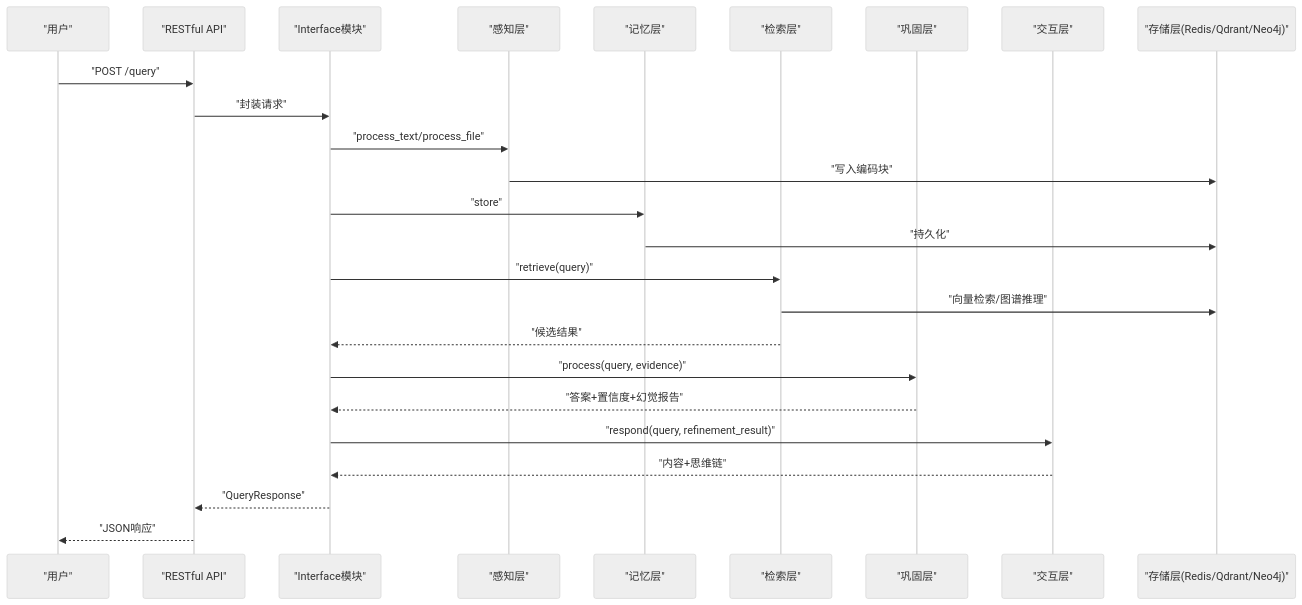
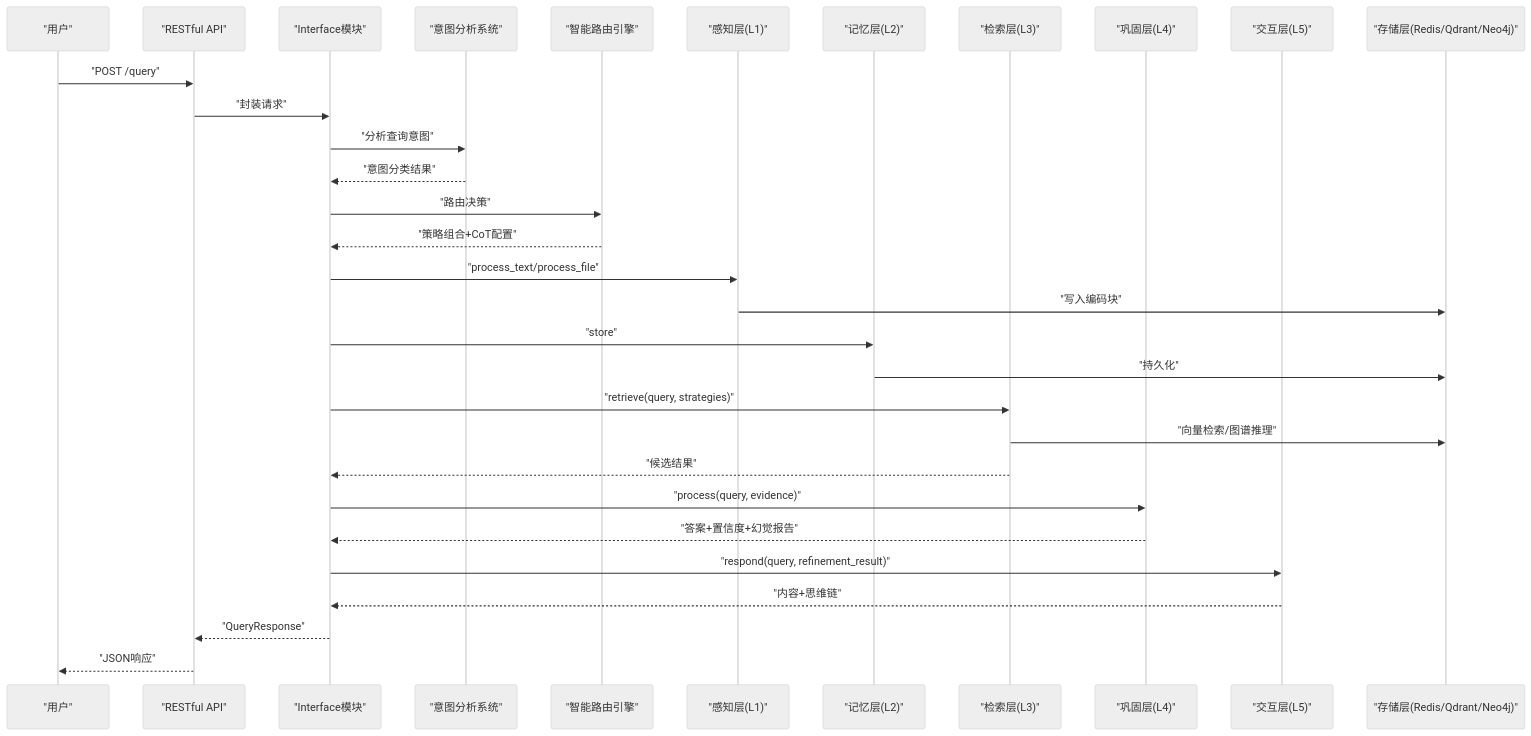
One commit to JieGaoPrinceton/NecoRAG changed the second of 4 diagrams in .qoder/repowiki/zh/content/项目概述/快速开始指南.md. Above: the diagram before and after it, drawn with Mermaid (neutral theme). The commit also changed other lines of this file and 70 other files, not shown here.

````diff
--- a/.qoder/repowiki/zh/content/项目概述/快速开始指南.md
+++ b/.qoder/repowiki/zh/content/项目概述/快速开始指南.md
@@ -111,27 +116,33 @@
 ```mermaid
 sequenceDiagram
 participant User as "用户"
 participant API as "RESTful API"
 participant IF as "Interface模块"
-participant L1 as "感知层"
-participant L2 as "记忆层"
-participant L3 as "检索层"
-participant L4 as "巩固层"
-participant L5 as "交互层"
+participant INTENT as "意图分析系统"
+participant ROUTER as "智能路由引擎"
+participant L1 as "感知层(L1)"
+participant L2 as "记忆层(L2)"
+participant L3 as "检索层(L3)"
+participant L4 as "巩固层(L4)"
+participant L5 as "交互层(L5)"
 participant DB as "存储层(Redis/Qdrant/Neo4j)"
 User->>API : "POST /query"
 API->>IF : "封装请求"
+IF->>INTENT : "分析查询意图"
+INTENT-->>IF : "意图分类结果"
+IF->>ROUTER : "路由决策"
+ROUTER-->>IF : "策略组合+CoT配置"
 IF->>L1 : "process_text/process_file"
 L1->>DB : "写入编码块"
 IF->>L2 : "store"
 L2->>DB : "持久化"
-IF->>L3 : "retrieve(query)"
+IF->>L3 : "retrieve(query, strategies)"
 L3->>DB : "向量检索/图谱推理"
 L3-->>IF : "候选结果"
 IF->>L4 : "process(query, evidence)"
 L4-->>IF : "答案+置信度+幻觉报告"
 IF->>L5 : "respond(query, refinement_result)"
 L5-->>IF : "内容+思维链"
 IF-->>API : "QueryResponse"
 API-->>User : "JSON响应"
 ```
````
